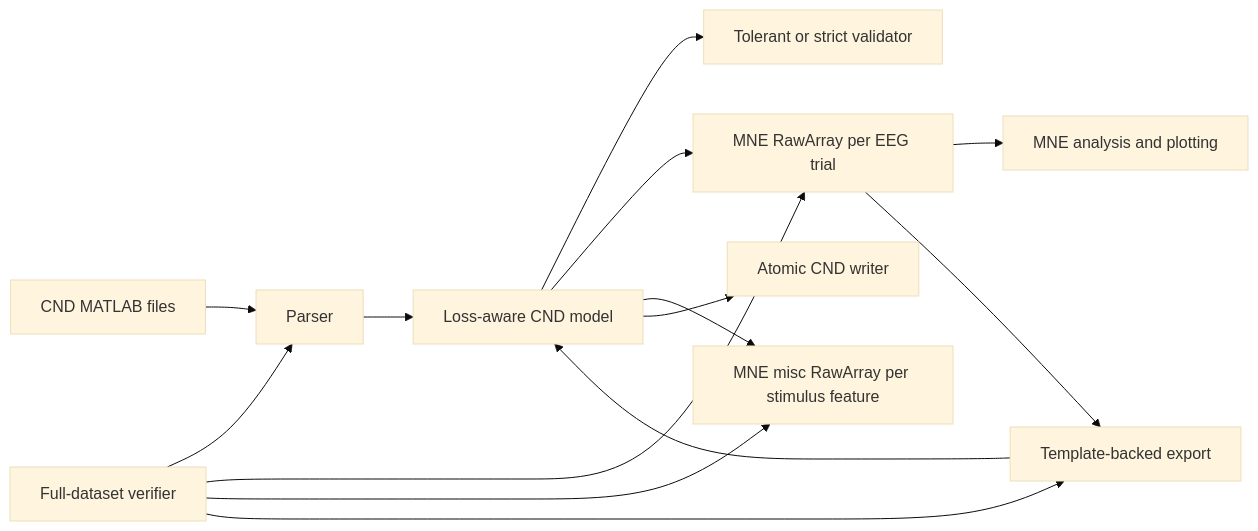
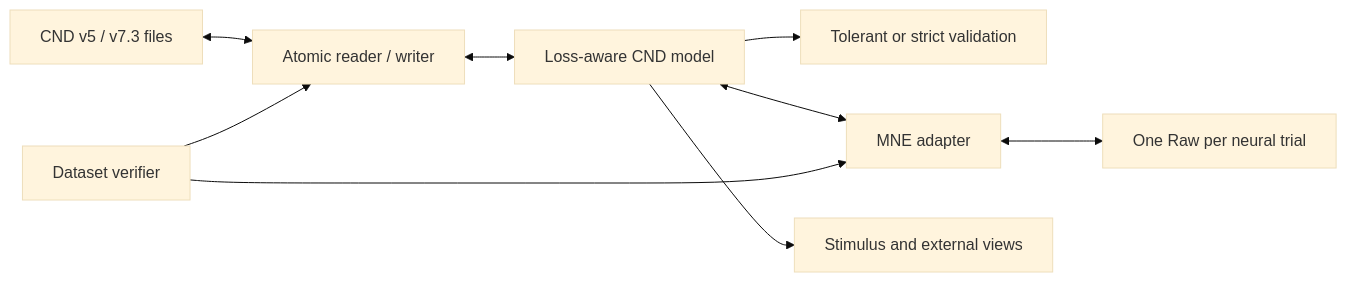
Before and after one commit to finnjclancy/cnd-mne-converter: the diagram in docs/research-milestone-report.md, drawn with Mermaid (base theme). The commit also changed other lines of this file and 27 other files, not shown here.

````diff
--- a/docs/research-milestone-report.md
+++ b/docs/research-milestone-report.md
@@ -15,16 +14,11 @@
 ```mermaid
 flowchart LR
-    MAT["CND MATLAB files"] --> READ["Parser"]
-    READ --> MODEL["Loss-aware CND model"]
-    MODEL --> VALIDATE["Tolerant or strict validator"]
-    MODEL --> EEG["MNE RawArray per EEG trial"]
-    MODEL --> STIM["MNE misc RawArray per stimulus feature"]
-    EEG --> ANALYSIS["MNE analysis and plotting"]
-    EEG --> TEMPLATE["Template-backed export"]
-    TEMPLATE --> MODEL
-    MODEL --> WRITE["Atomic CND writer"]
-    VERIFY["Full-dataset verifier"] --> READ
-    VERIFY --> EEG
-    VERIFY --> STIM
-    VERIFY --> TEMPLATE
+    MAT["CND v5 / v7.3 files"] <--> IO["Atomic reader / writer"]
+    IO <--> MODEL["Loss-aware CND model"]
+    MODEL --> VALIDATE["Tolerant or strict validation"]
+    MODEL <--> ADAPTER["MNE adapter"]
+    ADAPTER <--> RAW["One Raw per neural trial"]
+    MODEL --> STIM["Stimulus and external views"]
+    VERIFY["Dataset verifier"] --> IO
+    VERIFY --> ADAPTER
 ```
````
